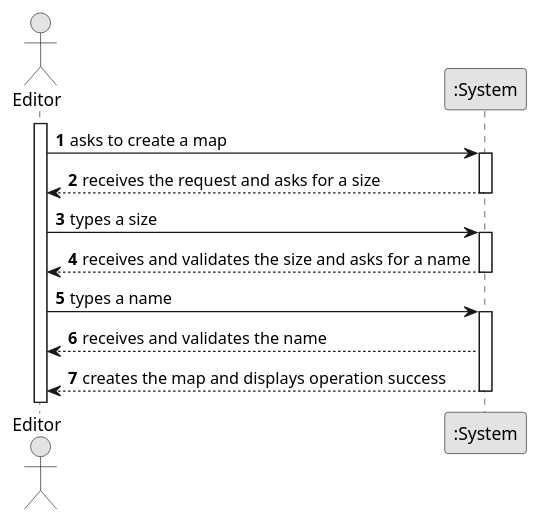
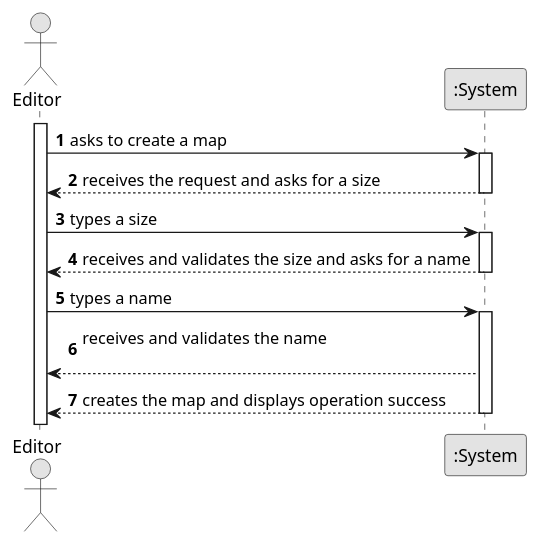
One commit to 1240935/pi2-railway-simulator changed the diagram in docsFinais/US001/01.requirements-engineering/puml/US001-SSD.puml. Above: the diagram before and after it, drawn with PlantUML. The commit also changed 32 other files, not shown here.

```diff
--- a/docsFinais/US001/01.requirements-engineering/puml/US001-SSD.puml
+++ b/docsFinais/US001/01.requirements-engineering/puml/US001-SSD.puml
@@ -1,33 +1,33 @@
 @startuml
 skinparam monochrome true
 skinparam packageStyle rectangle
 skinparam shadowing false
 
 autonumber
 
 actor "Editor" as Editor
 participant ":System" as System
 
 activate Editor
 
     Editor -> System : asks to create a map
     activate System
 
         System --> Editor : receives the request and asks for a size
     deactivate System
 
     Editor -> System : types a size
     activate System
 
         System --> Editor : receives and validates the size and asks for a name
     deactivate System
 
     Editor -> System : types a name
     activate System
 
-        System --> Editor : receives and validates the name
+        System --> Editor : receives and validates the name \n
         System --> Editor : creates the map and displays operation success
     deactivate System
 
 
 @enduml
```
